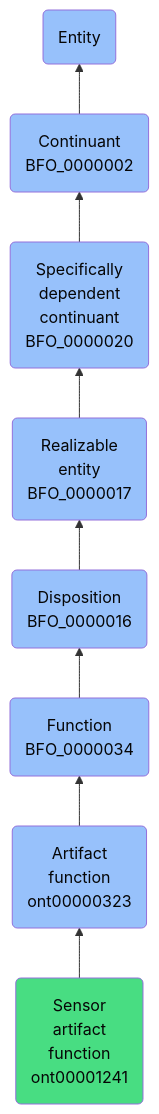
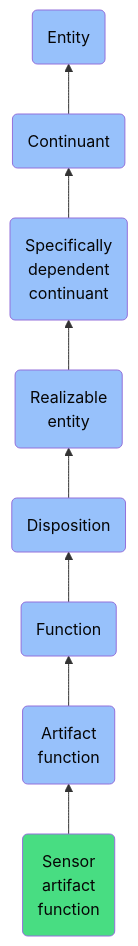
One commit to jupyter-naas/abi changed the diagram in docs/ontology/reference/model/Entity/Continuant/Specifically dependent continuant/Realizable entity/Disposition/Function/Artifact function/Sensor artifact function/Sensor artifact function.md. Above: the diagram before and after it, drawn with Mermaid. The commit also changed other lines of this file and 1430 other files, not shown here.

````diff
--- a/docs/ontology/reference/model/Entity/Continuant/Specifically dependent continuant/Realizable entity/Disposition/Function/Artifact function/Sensor artifact function/Sensor artifact function.md
+++ b/docs/ontology/reference/model/Entity/Continuant/Specifically dependent continuant/Realizable entity/Disposition/Function/Artifact function/Sensor artifact function/Sensor artifact function.md
@@ -24,15 +24,15 @@
 ```mermaid
 graph BT
-    ont00001241(Sensor<br>artifact<br>function<br>ont00001241):::ABI-->ont00000323
-    ont00000323(Artifact<br>function<br>ont00000323):::BFO-->BFO_0000034
-    BFO_0000034(Function<br>BFO_0000034):::BFO-->BFO_0000016
-    BFO_0000016(Disposition<br>BFO_0000016):::BFO-->BFO_0000017
-    BFO_0000017(Realizable<br>entity<br>BFO_0000017):::BFO-->BFO_0000020
-    BFO_0000020(Specifically<br>dependent<br>continuant<br>BFO_0000020):::BFO-->BFO_0000002
-    BFO_0000002(Continuant<br>BFO_0000002):::BFO-->BFO_0000001
+    ont00001241(Sensor<br>artifact<br>function):::ABI-->ont00000323
+    ont00000323(Artifact<br>function):::BFO-->BFO_0000034
+    BFO_0000034(Function):::BFO-->BFO_0000016
+    BFO_0000016(Disposition):::BFO-->BFO_0000017
+    BFO_0000017(Realizable<br>entity):::BFO-->BFO_0000020
+    BFO_0000020(Specifically<br>dependent<br>continuant):::BFO-->BFO_0000002
+    BFO_0000002(Continuant):::BFO-->BFO_0000001
     BFO_0000001(Entity):::BFO
     
     classDef BFO fill:#97c1fb,color:#060606
     classDef CCO fill:#e4c51e,color:#060606
     classDef ABI fill:#48DD82,color:#060606
 ```
````
